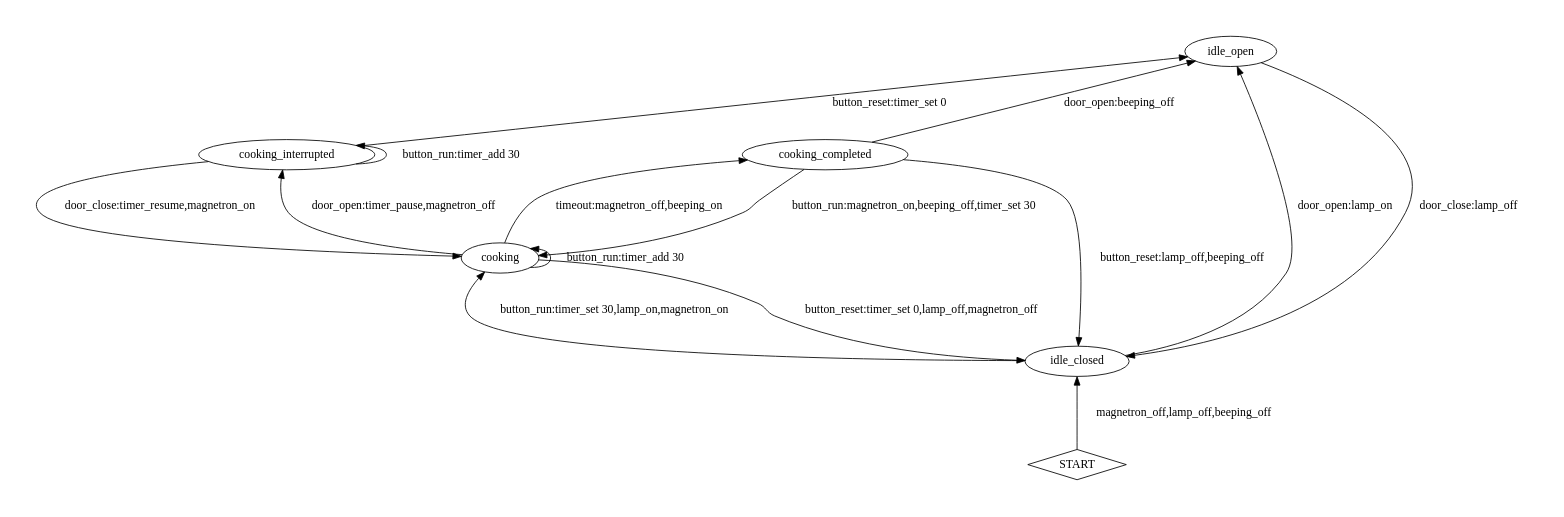
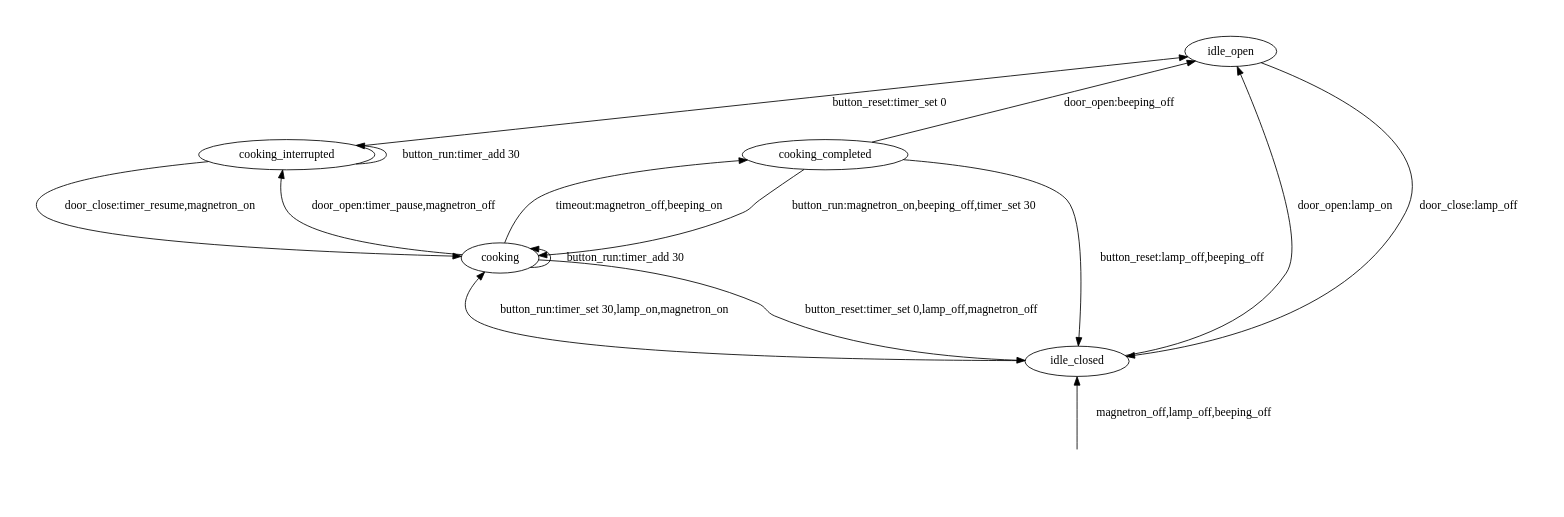
The diagram in finite_automata/transducers/dot_source_files/microwave_fsm_unformatted.dot (SipakovV/fsm-code-generator), drawn with Graphviz before and after one commit. The commit also changed 1 other file, not shown here.

Commit message:
Changed START node style to invisible

```diff
--- a/finite_automata/transducers/dot_source_files/microwave_fsm_unformatted.dot
+++ b/finite_automata/transducers/dot_source_files/microwave_fsm_unformatted.dot
@@ -1,38 +1,38 @@
 // Microwave FSM
 digraph G {
     nodesep=0.2 pad=0.5 ranksep=1 rankdir=BT
-	START [shape=diamond]
+	START [style=invis]
 	cooking
 	cooking_completed
 	idle_open
 	cooking_interrupted
 	idle_closed
 	idle_closed -> idle_open
 	    [label="door_open:lamp_on"]
 	idle_closed -> cooking
 	    [label="button_run:timer_set 30,lamp_on,magnetron_on"]
 	idle_open -> idle_closed
 	    [label="door_close:lamp_off"]
 	cooking -> idle_closed
 	    [label="button_reset:timer_set 0,lamp_off,magnetron_off"]
 	cooking -> cooking
 	    [label="button_run:timer_add 30"]
 	cooking -> cooking_interrupted
 	    [label="door_open:timer_pause,magnetron_off"]
 	cooking -> cooking_completed
 	    [label="timeout:magnetron_off,beeping_on"]
 	cooking_interrupted -> cooking
 	    [label="door_close:timer_resume,magnetron_on"]
 	cooking_interrupted -> idle_open
 	    [label="button_reset:timer_set 0"]
 	cooking_interrupted -> cooking_interrupted
 	    [label="button_run:timer_add 30"]
 	cooking_completed -> idle_open
 	    [label="door_open:beeping_off"]
 	cooking_completed -> idle_closed
 	    [label="button_reset:lamp_off,beeping_off"]
 	cooking_completed -> cooking
 	    [label="button_run:magnetron_on,beeping_off,timer_set 30"];
 	START -> idle_closed
 	    [label="magnetron_off,lamp_off,beeping_off"]
 }
```
